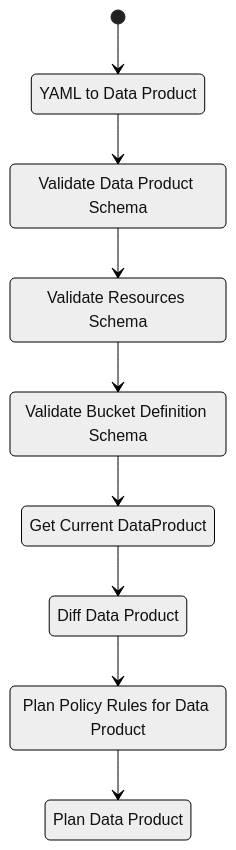
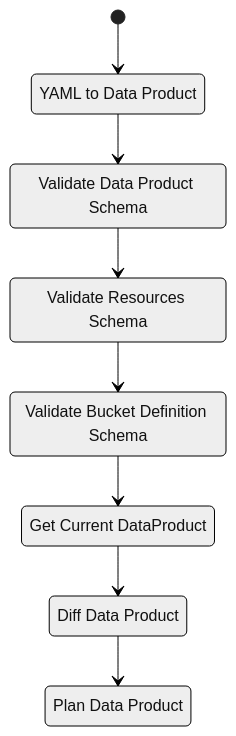
Before and after one commit to fabiangftech/catamesh: the diagram in docs/en/architecture/diagrams/plan.data-product.mmd, drawn with Mermaid (neutral theme). The commit also changed 2 other files, not shown here.

Commit message:
doc: correction's in diagrams

```diff
--- a/docs/en/architecture/diagrams/plan.data-product.mmd
+++ b/docs/en/architecture/diagrams/plan.data-product.mmd
@@ -1,17 +1,15 @@
 stateDiagram-v2
     [*] --> yamlToDataProduct
     yamlToDataProduct : YAML to Data Product
     yamlToDataProduct --> validateDataProductSchema
     validateDataProductSchema: Validate Data Product Schema
     validateDataProductSchema --> validateResourceSchema
     validateResourceSchema: Validate Resources Schema
     validateResourceSchema --> validateBucketDefinitionSchema
     validateBucketDefinitionSchema: Validate Bucket Definition Schema
     validateBucketDefinitionSchema --> loadCurrentDataProductForDiff
     loadCurrentDataProductForDiff: Get Current DataProduct
     loadCurrentDataProductForDiff --> diffDataProductHandler
     diffDataProductHandler: Diff Data Product
-    diffDataProductHandler --> planDataProductPolicyRule
-    planDataProductPolicyRule: Plan Policy Rules for Data Product
-    planDataProductPolicyRule --> planDataProduct
+    diffDataProductHandler --> planDataProduct
     planDataProduct: Plan Data Product
```
